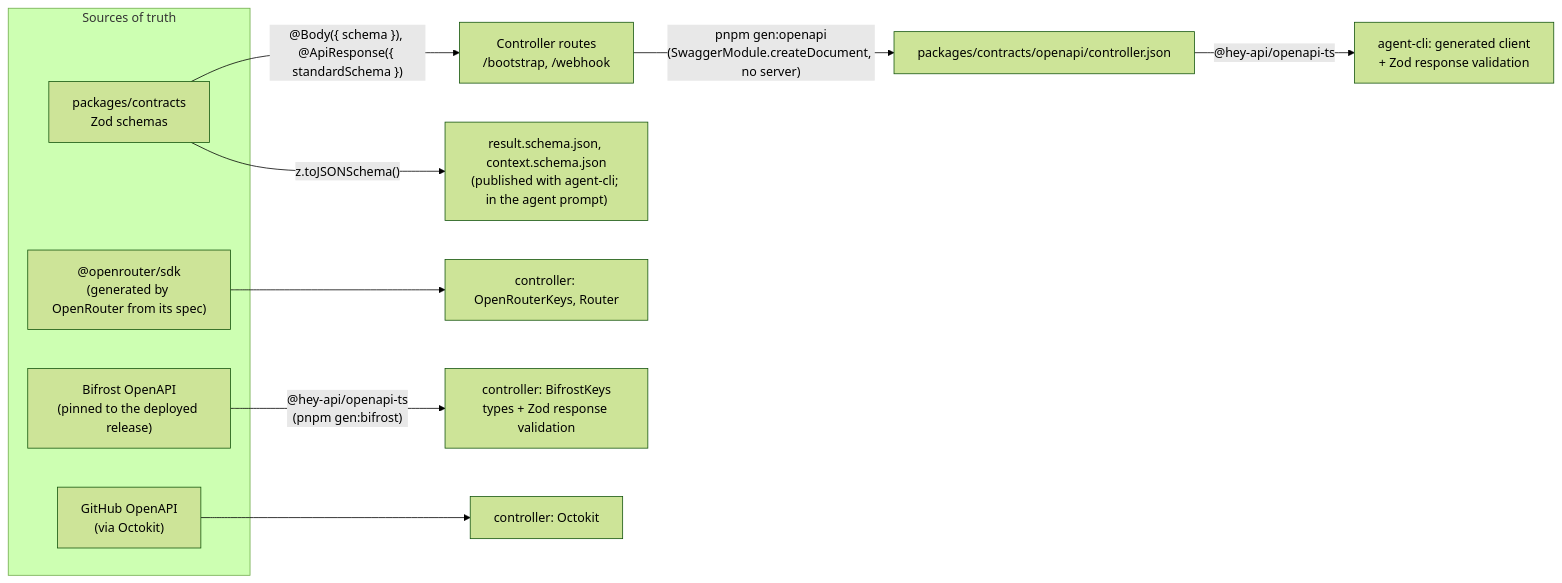
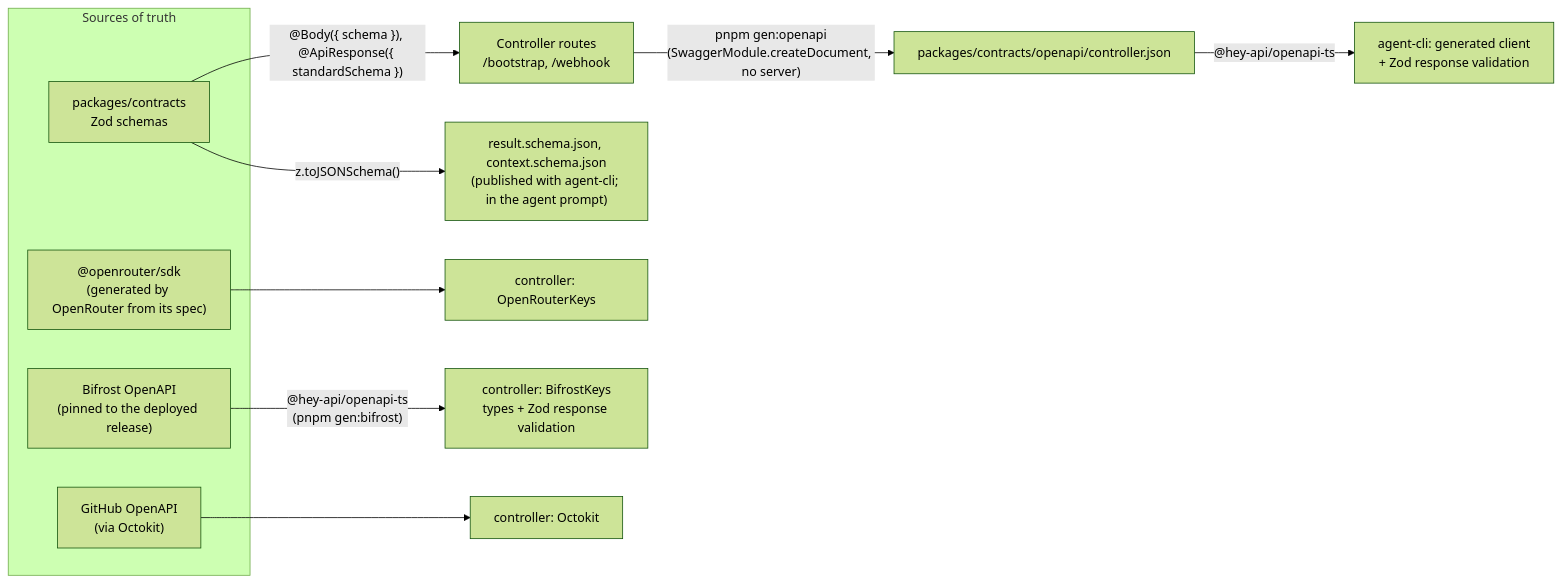
Before and after one commit to open-macaron/macaron: the second of 2 diagrams in docs/ENGINEERING.md, drawn with Mermaid (forest theme). The commit also changed other lines of this file and 5 other files, not shown here.

````diff
--- a/docs/ENGINEERING.md
+++ b/docs/ENGINEERING.md
@@ -94,16 +95,16 @@
 ```mermaid
 flowchart LR
   subgraph SRC["Sources of truth"]
     Z["packages/contracts<br/>Zod schemas"]
     ORS["@openrouter/sdk<br/>(generated by OpenRouter from its spec)"]
     BFS["Bifrost OpenAPI<br/>(pinned to the deployed release)"]
     GHS["GitHub OpenAPI<br/>(via Octokit)"]
   end
   Z -- "@Body({ schema }), @ApiResponse({ standardSchema })" --> NEST["Controller routes<br/>/bootstrap, /webhook"]
   NEST -- "pnpm gen:openapi<br/>(SwaggerModule.createDocument, no server)" --> SPEC["packages/contracts/openapi/controller.json"]
   SPEC -- "@hey-api/openapi-ts" --> AC["agent-cli: generated client<br/>+ Zod response validation"]
-  ORS --> ORC["controller: OpenRouterKeys, Router"]
+  ORS --> ORC["controller: OpenRouterKeys"]
   BFS -- "@hey-api/openapi-ts<br/>(pnpm gen:bifrost)" --> BFC["controller: BifrostKeys<br/>types + Zod response validation"]
   Z -- "z.toJSONSchema()" --> JS["result.schema.json, context.schema.json<br/>(published with agent-cli; in the agent prompt)"]
   GHS --> OCT["controller: Octokit"]
 ```
````
